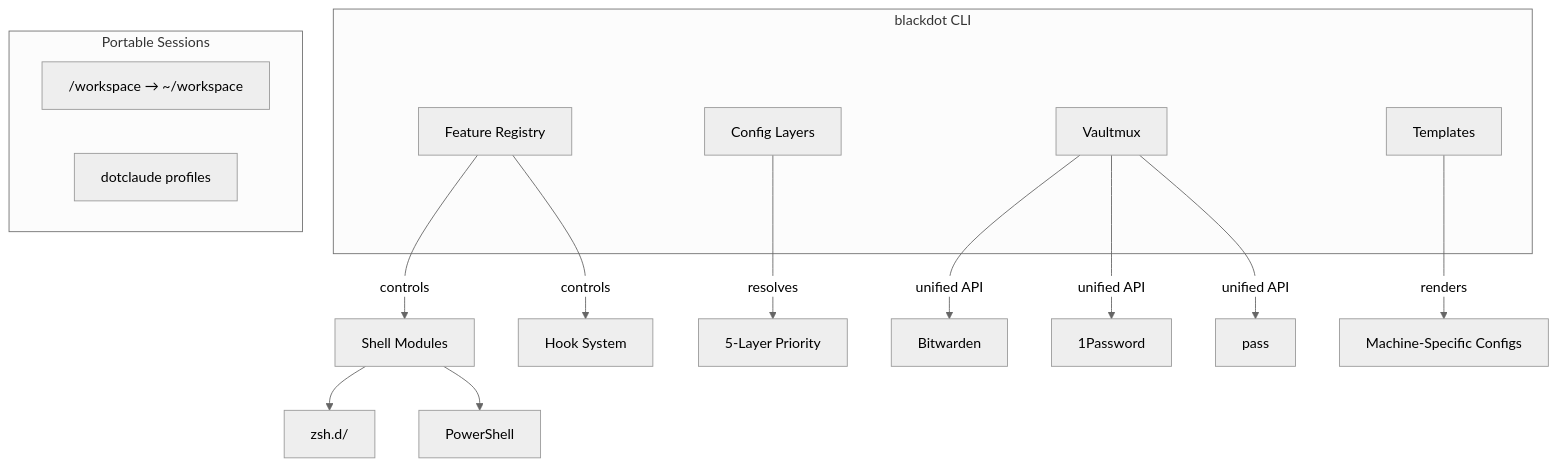
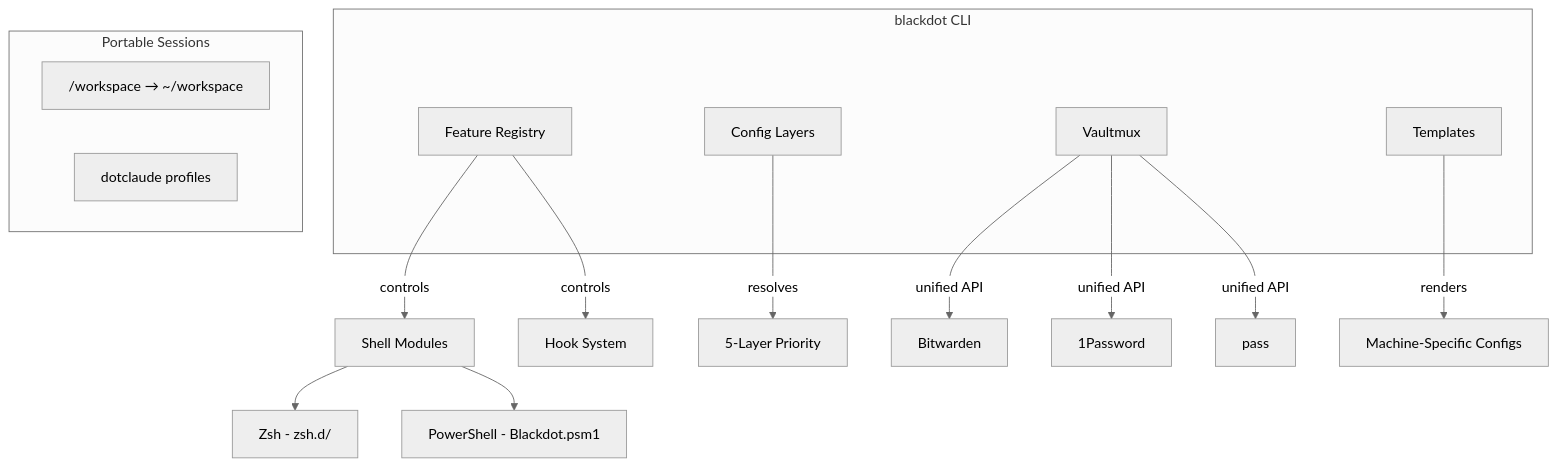
Before and after one commit to blackwell-systems/blackdot: the diagram in README.md, drawn with Mermaid (neutral theme). The commit also changed other lines of this file, not shown here.

````diff
--- a/README.md
+++ b/README.md
@@ -310,25 +316,25 @@
 ```mermaid
 graph TB
     subgraph CLI["blackdot CLI"]
         FR[Feature Registry]
         CL[Config Layers]
         VM[Vaultmux]
         TM[Templates]
     end
 
     FR -->|controls| Shell[Shell Modules]
     FR -->|controls| Hooks[Hook System]
     CL -->|resolves| Settings[5-Layer Priority]
     VM -->|unified API| BW[Bitwarden]
     VM -->|unified API| OP[1Password]
     VM -->|unified API| Pass[pass]
     TM -->|renders| Configs[Machine-Specific Configs]
 
-    Shell --> ZSH[zsh.d/]
-    Shell --> PS[PowerShell]
+    Shell --> ZSH[Zsh - zsh.d/]
+    Shell --> PS[PowerShell - Blackdot.psm1]
 
     subgraph Portable[Portable Sessions]
         WS["/workspace → ~/workspace"]
         DC[dotclaude profiles]
     end
 ```
````
